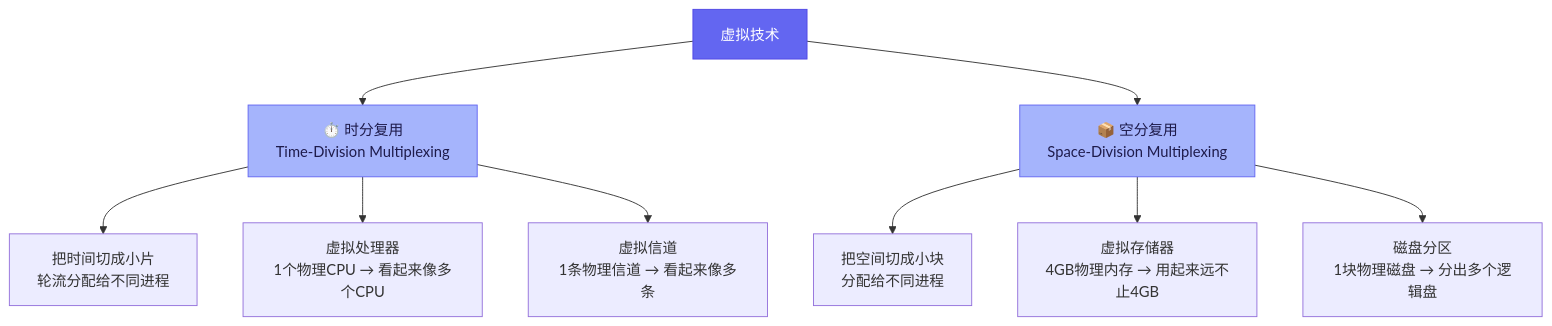
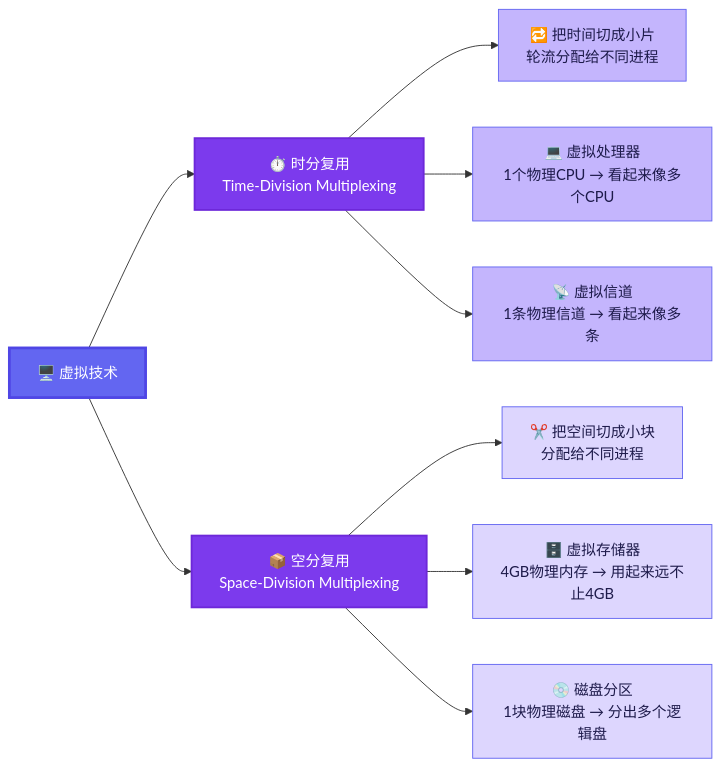
The eighth of 12 diagrams in content/zh/docs/tech-frontier/os-course/os-concepts/ch01-introduction/02-characteristics.md (bioll-web/Crossing), drawn with Mermaid before and after one commit. The commit also changed other lines of this file and 6 other files, not shown here.

First line of the commit message:
feat: rename Term 1 to 深入了解操作系统 & improve ch01 diagrams

````diff
--- a/content/zh/docs/tech-frontier/os-course/os-concepts/ch01-introduction/02-characteristics.md
+++ b/content/zh/docs/tech-frontier/os-course/os-concepts/ch01-introduction/02-characteristics.md
@@ -175,19 +212,25 @@
 ```mermaid
-flowchart TB
-    V["虚拟技术"]
- 
+flowchart LR
+    V["🖥️ 虚拟技术"]
+
     V --> T["⏱️ 时分复用\nTime-Division Multiplexing"]
     V --> S["📦 空分复用\nSpace-Division Multiplexing"]
- 
-    T --> T1["把时间切成小片\n轮流分配给不同进程"]
-    T --> T2["虚拟处理器\n1个物理CPU → 看起来像多个CPU"]
-    T --> T3["虚拟信道\n1条物理信道 → 看起来像多条"]
- 
-    S --> S1["把空间切成小块\n分配给不同进程"]
-    S --> S2["虚拟存储器\n4GB物理内存 → 用起来远不止4GB"]
-    S --> S3["磁盘分区\n1块物理磁盘 → 分出多个逻辑盘"]
- 
-    style V fill:#6366f1,color:#fff,stroke:#4f46e5
-    style T fill:#a5b4fc,color:#1e1b4b,stroke:#6366f1
-    style S fill:#a5b4fc,color:#1e1b4b,stroke:#6366f1
+
+    T --> T1["🔁 把时间切成小片\n轮流分配给不同进程"]
+    T --> T2["💻 虚拟处理器\n1个物理CPU → 看起来像多个CPU"]
+    T --> T3["📡 虚拟信道\n1条物理信道 → 看起来像多条"]
+
+    S --> S1["✂️ 把空间切成小块\n分配给不同进程"]
+    S --> S2["🗄️ 虚拟存储器\n4GB物理内存 → 用起来远不止4GB"]
+    S --> S3["💿 磁盘分区\n1块物理磁盘 → 分出多个逻辑盘"]
+
+    style V fill:#6366f1,color:#fff,stroke:#4f46e5,stroke-width:3px
+    style T fill:#7c3aed,color:#fff,stroke:#6d28d9,stroke-width:2px
+    style S fill:#7c3aed,color:#fff,stroke:#6d28d9,stroke-width:2px
+    style T1 fill:#c4b5fd,color:#1e1b4b,stroke:#6366f1,stroke-width:1px
+    style T2 fill:#c4b5fd,color:#1e1b4b,stroke:#6366f1,stroke-width:1px
+    style T3 fill:#c4b5fd,color:#1e1b4b,stroke:#6366f1,stroke-width:1px
+    style S1 fill:#ddd6fe,color:#1e1b4b,stroke:#6366f1,stroke-width:1px
+    style S2 fill:#ddd6fe,color:#1e1b4b,stroke:#6366f1,stroke-width:1px
+    style S3 fill:#ddd6fe,color:#1e1b4b,stroke:#6366f1,stroke-width:1px
 ```
````
